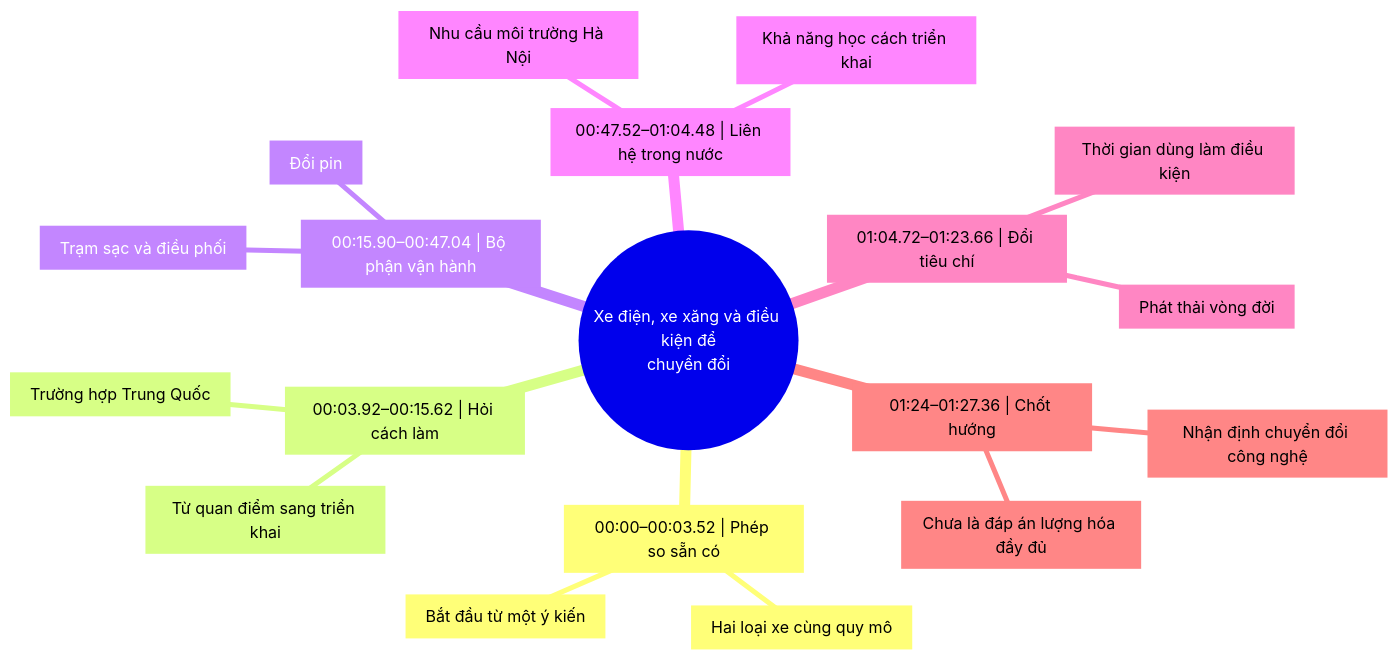
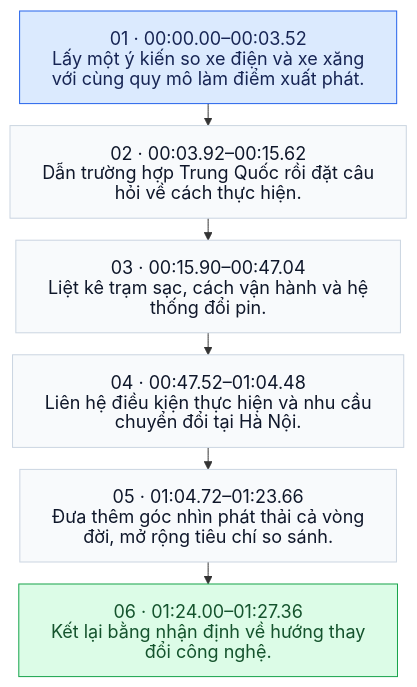
One commit to vilo0411/hook-script-kit changed the diagram in skills/hook-script/references/corpus/cases/7529438894845218064.md. Above: the diagram before and after it, drawn with Mermaid. The commit also changed other lines of this file and 103 other files, not shown here.

Commit message:
Diversify Vietnamese clip sources and replace radial maps with story flows

````diff
--- a/skills/hook-script/references/corpus/cases/7529438894845218064.md
+++ b/skills/hook-script/references/corpus/cases/7529438894845218064.md
@@ -129,22 +17,21 @@
 ```mermaid
-mindmap
-  root((Xe điện, xe xăng và điều kiện để<br/>chuyển đổi))
-    b0["00:00–00:03.52 | Phép so sẵn có"]
-      b0c0["Hai loại xe cùng quy mô"]
-      b0c1["Bắt đầu từ một ý kiến"]
-    b1["00:03.92–00:15.62 | Hỏi cách làm"]
-      b1c0["Trường hợp Trung Quốc"]
-      b1c1["Từ quan điểm sang triển khai"]
-    b2["00:15.90–00:47.04 | Bộ phận vận hành"]
-      b2c0["Trạm sạc và điều phối"]
-      b2c1["Đổi pin"]
-    b3["00:47.52–01:04.48 | Liên hệ trong nước"]
-      b3c0["Nhu cầu môi trường Hà Nội"]
-      b3c1["Khả năng học cách triển khai"]
-    b4["01:04.72–01:23.66 | Đổi tiêu chí"]
-      b4c0["Phát thải vòng đời"]
-      b4c1["Thời gian dùng làm điều kiện"]
-    b5["01:24–01:27.36 | Chốt hướng"]
-      b5c0["Nhận định chuyển đổi công nghệ"]
-      b5c1["Chưa là đáp án lượng hóa đầy đủ"]
+%%{init: {"htmlLabels": false, "themeVariables": {"fontSize": "18px"}, "flowchart": {"padding": 16, "rankSpacing": 22, "wrappingWidth": 360}}}%%
+flowchart TD
+  n0["01 · 00:00.00–00:03.52<br/>Lấy một ý kiến so xe điện và xe xăng<br/>với cùng quy mô làm điểm xuất phát."]
+  n1["02 · 00:03.92–00:15.62<br/>Dẫn trường hợp Trung Quốc rồi đặt câu<br/>hỏi về cách thực hiện."]
+  n0 --> n1
+  n2["03 · 00:15.90–00:47.04<br/>Liệt kê trạm sạc, cách vận hành và hệ<br/>thống đổi pin."]
+  n1 --> n2
+  n3["04 · 00:47.52–01:04.48<br/>Liên hệ điều kiện thực hiện và nhu cầu<br/>chuyển đổi tại Hà Nội."]
+  n2 --> n3
+  n4["05 · 01:04.72–01:23.66<br/>Đưa thêm góc nhìn phát thải cả vòng<br/>đời, mở rộng tiêu chí so sánh."]
+  n3 --> n4
+  n5["06 · 01:24.00–01:27.36<br/>Kết lại bằng nhận định về hướng thay<br/>đổi công nghệ."]
+  n4 --> n5
+  classDef phase fill:#F8FAFC,stroke:#CBD5E1,color:#0F172A,font-size:18px;
+  classDef opening fill:#DBEAFE,stroke:#2563EB,color:#172554,font-size:18px;
+  classDef ending fill:#DCFCE7,stroke:#16A34A,color:#14532D,font-size:18px;
+  class n0,n1,n2,n3,n4,n5 phase;
+  class n0 opening;
+  class n5 ending;
 ```
````
